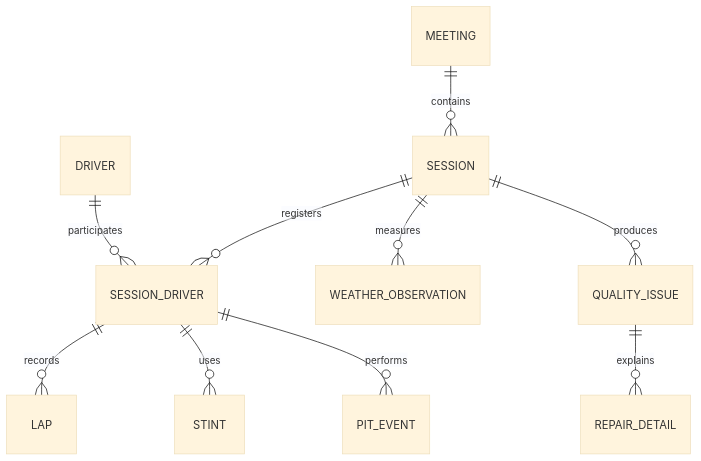
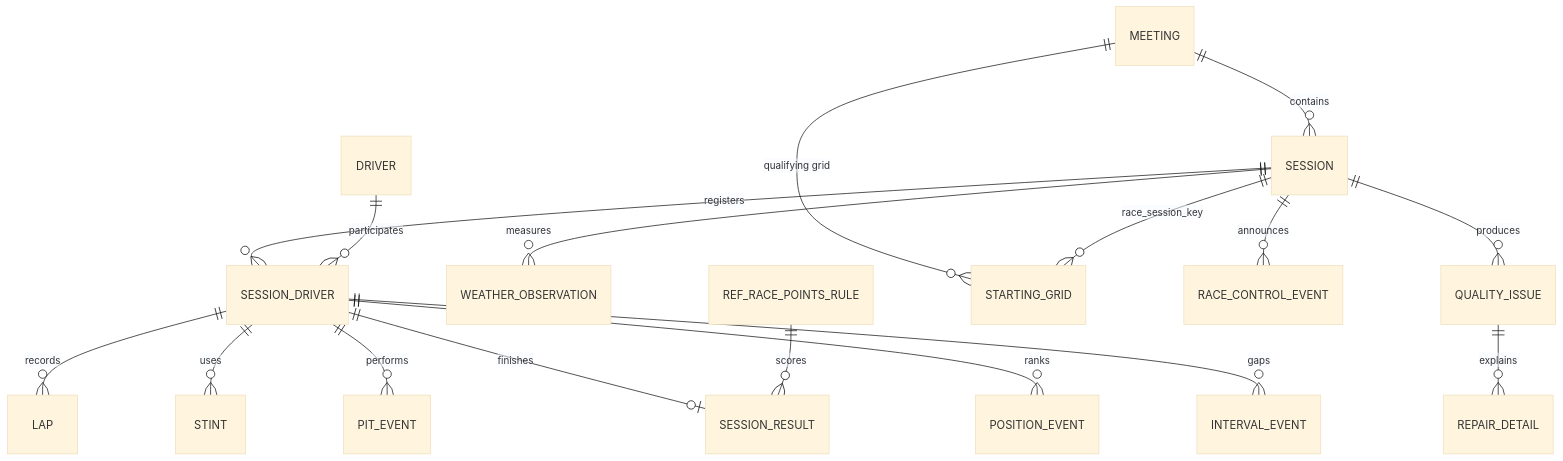
The first of 2 diagrams in data/schema/TO_BE_model_design.md (encore-ai-campus/mlo-02-p2-team1), drawn with Mermaid (base theme) before and after one commit. The commit also changed other lines of this file and 39 other files, not shown here.

````diff
--- a/data/schema/TO_BE_model_design.md
+++ b/data/schema/TO_BE_model_design.md
@@ -18,12 +18,19 @@
 ```mermaid
 erDiagram
     MEETING ||--o{ SESSION : contains
     SESSION ||--o{ SESSION_DRIVER : registers
     DRIVER ||--o{ SESSION_DRIVER : participates
     SESSION_DRIVER ||--o{ LAP : records
     SESSION_DRIVER ||--o{ STINT : uses
     SESSION_DRIVER ||--o{ PIT_EVENT : performs
     SESSION ||--o{ WEATHER_OBSERVATION : measures
     SESSION ||--o{ QUALITY_ISSUE : produces
     QUALITY_ISSUE ||--o{ REPAIR_DETAIL : explains
+    MEETING ||--o{ STARTING_GRID : "qualifying grid"
+    SESSION ||--o{ STARTING_GRID : "race_session_key"
+    SESSION_DRIVER ||--o| SESSION_RESULT : finishes
+    SESSION_DRIVER ||--o{ POSITION_EVENT : ranks
+    SESSION_DRIVER ||--o{ INTERVAL_EVENT : gaps
+    SESSION ||--o{ RACE_CONTROL_EVENT : announces
+    REF_RACE_POINTS_RULE ||--o{ SESSION_RESULT : scores
 ```
````
